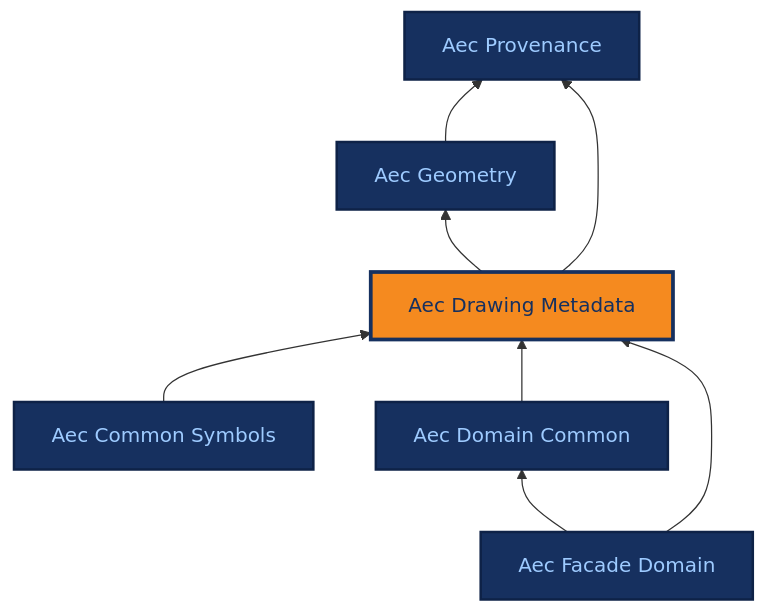
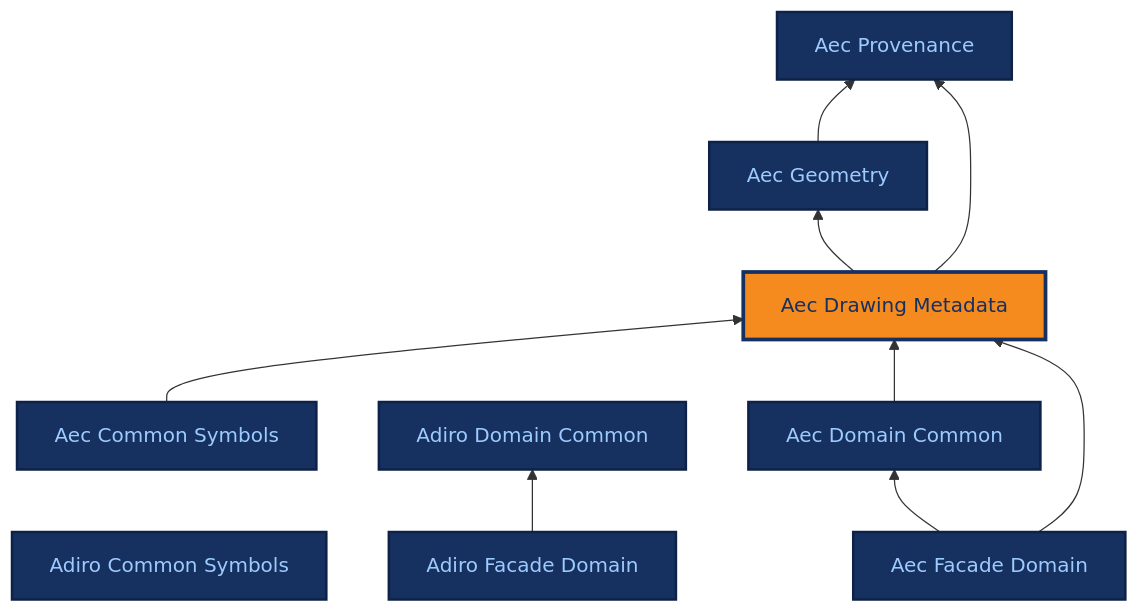
The diagram in docs/ontologies/aec_drawing_metadata.md (BuroHappoldMachineLearning/ADIRO), drawn with Mermaid before and after one commit. The commit also changed 162 other files, not shown here.

First line of the commit message:
feat: rename three modules, with the reference terms defined in adiro_drawing_symbology (#281, #277, #271)

````diff
--- a/docs/ontologies/aec_drawing_metadata.md
+++ b/docs/ontologies/aec_drawing_metadata.md
@@ -47,27 +47,34 @@
 ```mermaid
 %%{init: {"themeCSS": ".base .nodeLabel,.base .nodeLabel p,.base text,.base tspan{fill:#9ecbff !important;color:#9ecbff !important}.current .nodeLabel,.current .nodeLabel p,.current text,.current tspan{fill:#16305f !important;color:#16305f !important}"} }%%
 graph BT
     aec_provenance["Aec Provenance"]
     aec_geometry["Aec Geometry"]
     aec_drawing_metadata["Aec Drawing Metadata"]
+    adiro_common_symbols["Adiro Common Symbols"]
     aec_common_symbols["Aec Common Symbols"]
+    adiro_domain_common["Adiro Domain Common"]
     aec_domain_common["Aec Domain Common"]
+    adiro_facade_domain["Adiro Facade Domain"]
     aec_facade_domain["Aec Facade Domain"]
     aec_geometry --> aec_provenance
     aec_drawing_metadata --> aec_geometry
     aec_drawing_metadata --> aec_provenance
     aec_common_symbols --> aec_drawing_metadata
     aec_domain_common --> aec_drawing_metadata
+    adiro_facade_domain --> adiro_domain_common
     aec_facade_domain --> aec_domain_common
     aec_facade_domain --> aec_drawing_metadata
     click aec_provenance "../aec_provenance/" "Aec Provenance reference page"
     click aec_geometry "../aec_geometry/" "Aec Geometry reference page"
     click aec_drawing_metadata "../aec_drawing_metadata/" "Aec Drawing Metadata reference page"
+    click adiro_common_symbols "../adiro_common_symbols/" "Adiro Common Symbols reference page"
     click aec_common_symbols "../aec_common_symbols/" "Aec Common Symbols reference page"
+    click adiro_domain_common "../adiro_domain_common/" "Adiro Domain Common reference page"
     click aec_domain_common "../aec_domain_common/" "Aec Domain Common reference page"
+    click adiro_facade_domain "../adiro_facade_domain/" "Adiro Facade Domain reference page"
     click aec_facade_domain "../aec_facade_domain/" "Aec Facade Domain reference page"
     classDef base fill:#16305f,stroke:#0e2247,stroke-width:2px,color:#9ecbff;
-    class aec_provenance,aec_geometry,aec_common_symbols,aec_domain_common,aec_facade_domain base;
+    class aec_provenance,aec_geometry,adiro_common_symbols,aec_common_symbols,adiro_domain_common,aec_domain_common,adiro_facade_domain,aec_facade_domain base;
     classDef current fill:#f58a1f,stroke:#16305f,stroke-width:3px,color:#16305f;
     class aec_drawing_metadata current;
 ```
````
